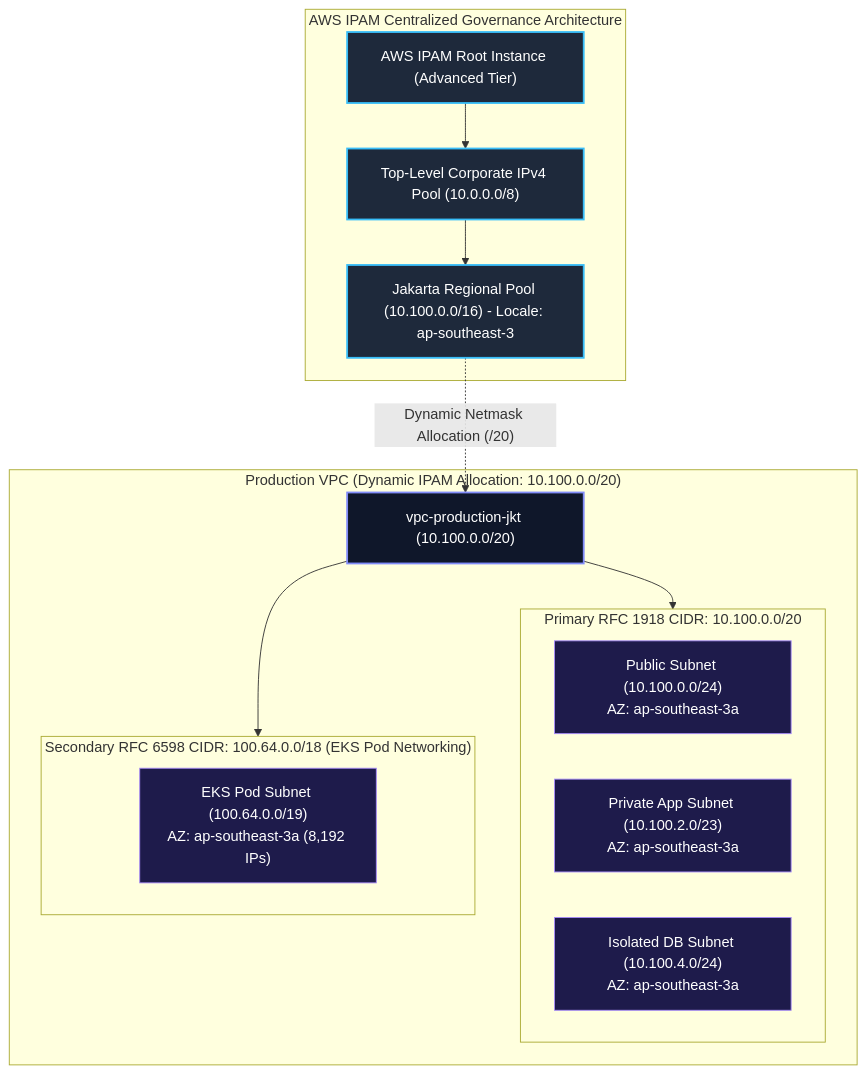
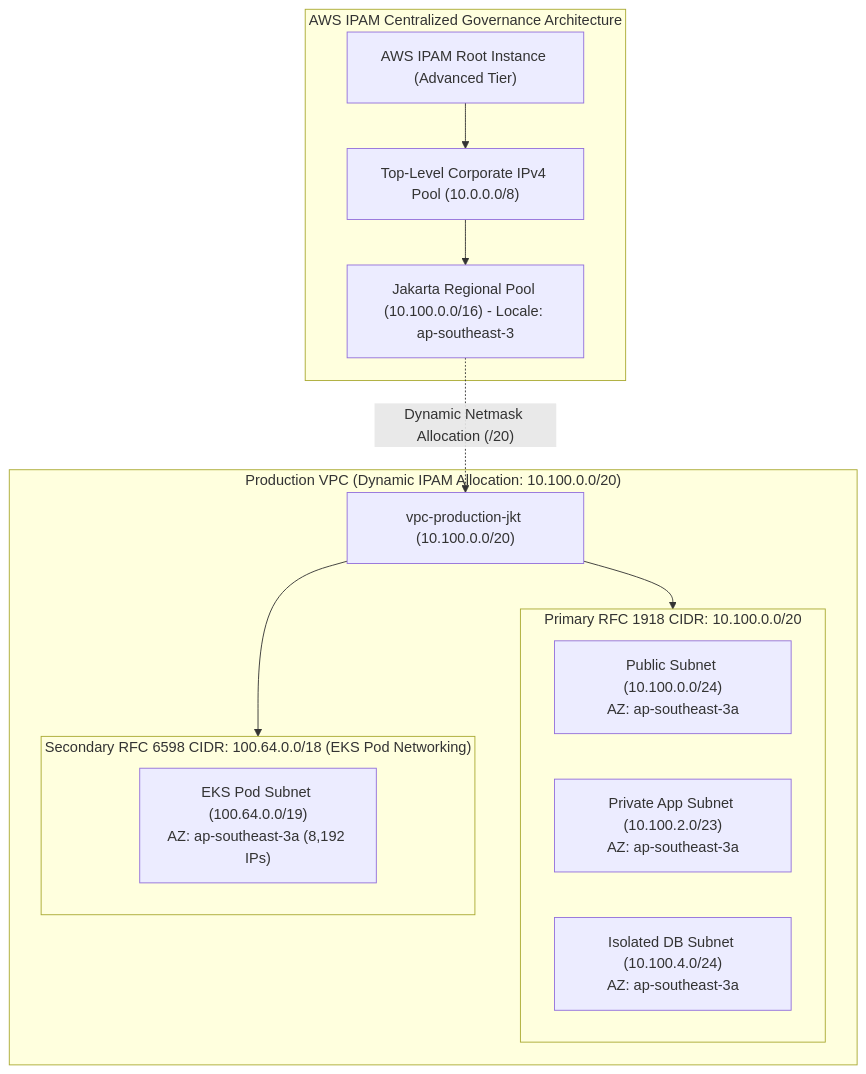
One commit to robertusnegoro/cloud-network-learning-materials changed the diagram in docs/labs/01-enterprise-ipam-vpc.md. Above: the diagram before and after it, drawn with Mermaid. The commit also changed 4 other files, not shown here.

Commit message:
fix(mermaid): eliminate unreadable dark-on-dark nodes, sanitize classDefs, and maximize diagram contrast & scaling

````diff
--- a/docs/labs/01-enterprise-ipam-vpc.md
+++ b/docs/labs/01-enterprise-ipam-vpc.md
@@ -16,32 +16,25 @@
 ```mermaid
 graph TD
     subgraph IPAMHierarchy["AWS IPAM Centralized Governance Architecture"]
         IPAM["AWS IPAM Root Instance (Advanced Tier)"]
         IPAM --> TopPool["Top-Level Corporate IPv4 Pool (10.0.0.0/8)"]
         TopPool --> JktPool["Jakarta Regional Pool (10.100.0.0/16) - Locale: ap-southeast-3"]
     end
 
     subgraph ProductionVPC["Production VPC (Dynamic IPAM Allocation: 10.100.0.0/20)"]
         JktPool -.->|"Dynamic Netmask Allocation (/20)"| VPC["vpc-production-jkt (10.100.0.0/20)"]
         
         subgraph PrimaryCIDR["Primary RFC 1918 CIDR: 10.100.0.0/20"]
             SubPublic["Public Subnet (10.100.0.0/24)<br/>AZ: ap-southeast-3a"]
             SubApp["Private App Subnet (10.100.2.0/23)<br/>AZ: ap-southeast-3a"]
             SubDB["Isolated DB Subnet (10.100.4.0/24)<br/>AZ: ap-southeast-3a"]
         end
 
         subgraph SecondaryCIDR["Secondary RFC 6598 CIDR: 100.64.0.0/18 (EKS Pod Networking)"]
             SubEKS["EKS Pod Subnet (100.64.0.0/19)<br/>AZ: ap-southeast-3a (8,192 IPs)"]
         end
 
         VPC --> PrimaryCIDR
         VPC --> SecondaryCIDR
     end
-
-    classDef ipam fill:#1e293b,stroke:#38bdf8,stroke-width:2px,color:#fff;
-    classDef vpc fill:#0f172a,stroke:#818cf8,stroke-width:2px,color:#fff;
-    classDef tier fill:#1e1b4b,stroke:#a78bfa,stroke-width:1px,color:#fff;
-    class IPAM,TopPool,JktPool ipam;
-    class VPC vpc;
-    class SubPublic,SubApp,SubDB,SubEKS tier;
 ```
````
